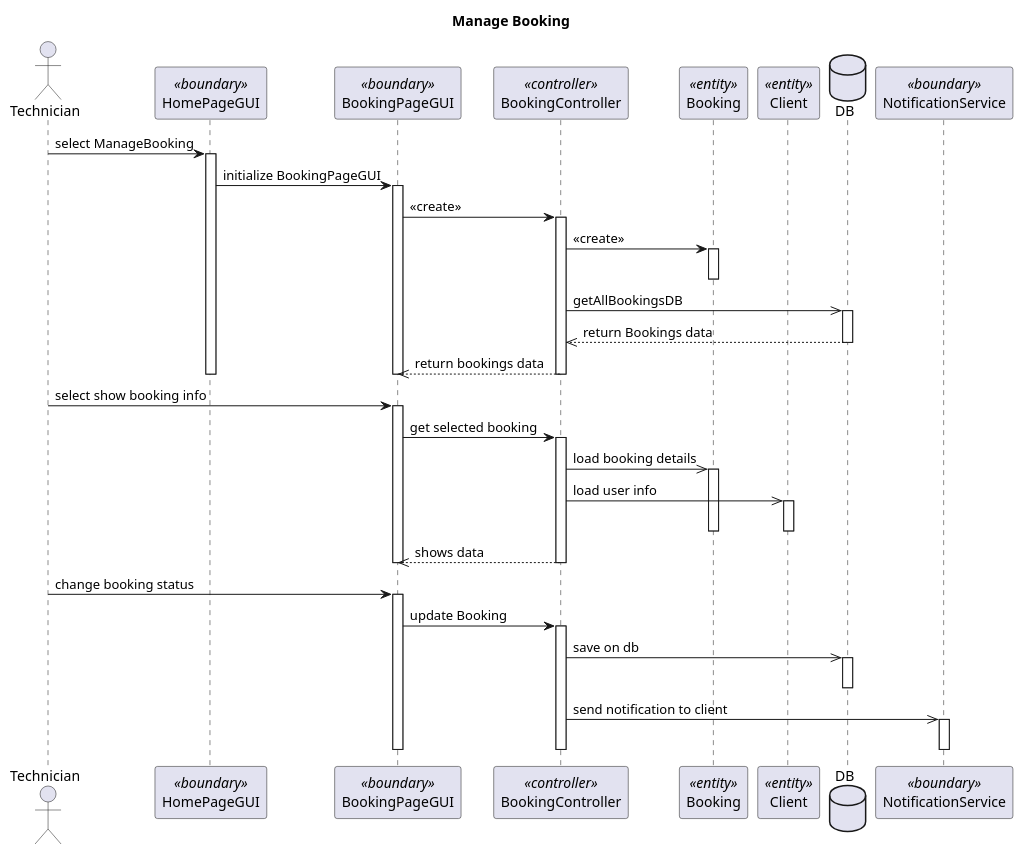
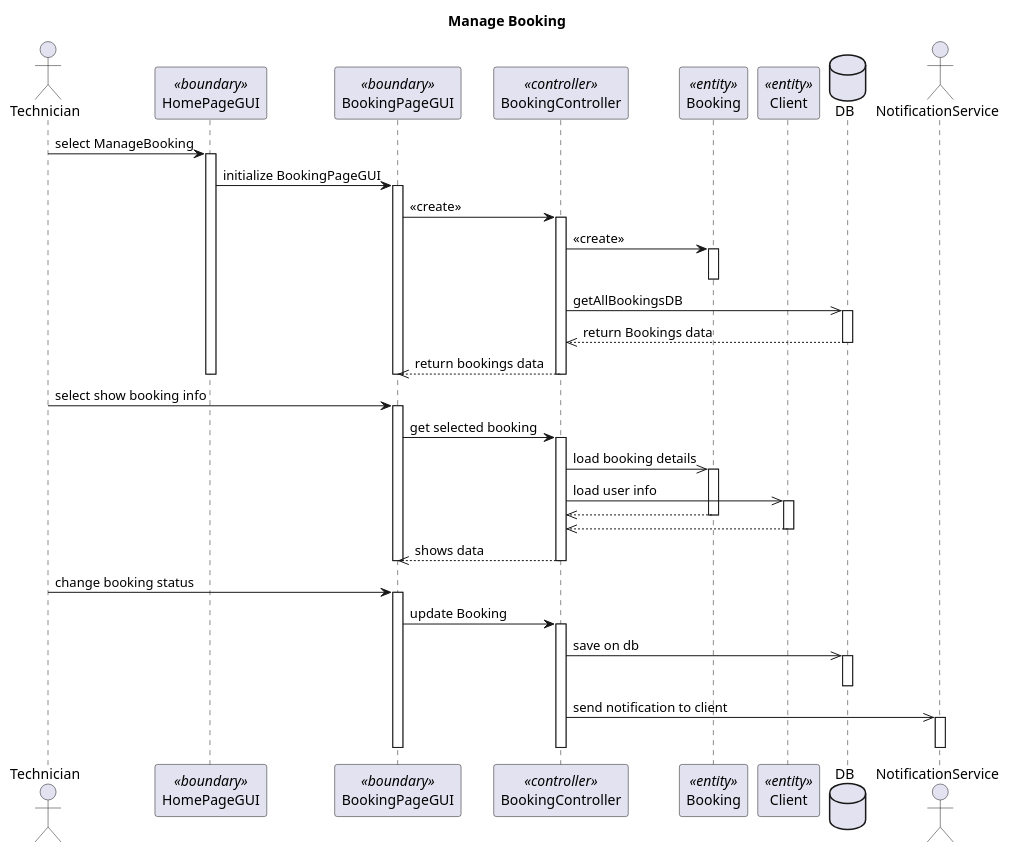
The diagram in doc/sequence_diagram/SD_ManageBooking.md (GiuEliNo/JustIT), drawn with PlantUML before and after one commit.

Commit message:
fix (doc): SD_ManageBooking.md add actor

```diff
--- a/doc/sequence_diagram/SD_ManageBooking.md
+++ b/doc/sequence_diagram/SD_ManageBooking.md
@@ -1,61 +1,62 @@
 @startuml
 
 
 title Manage Booking
 
 actor Technician
 
 participant HomePageGUI <<boundary>>
 participant BookingPageGUI <<boundary>>
 participant BookingController <<controller>>
 participant Booking <<entity>>
 participant Client <<entity>>
 database DB
-participant NotificationService <<boundary>>
+actor NotificationService
 
 Technician -> HomePageGUI: select ManageBooking
 activate HomePageGUI
 HomePageGUI -> BookingPageGUI: initialize BookingPageGUI
 activate BookingPageGUI
 
 BookingPageGUI -> BookingController ++: <<create>>
 BookingController -> Booking ++: <<create>>
 deactivate Booking
 BookingController ->> DB ++: getAllBookingsDB
 DB -->> BookingController --: return Bookings data
 
 
 BookingController -->> BookingPageGUI --: return bookings data
 deactivate HomePageGUI
 
 
 deactivate BookingPageGUI
 
 Technician -> BookingPageGUI: select show booking info
 activate BookingPageGUI
 
 BookingPageGUI -> BookingController ++: get selected booking
 BookingController ->> Booking : load booking details
 activate Booking
 BookingController ->> Client : load user info
 activate Client
-deactivate Booking
-deactivate Client
+Booking -->> BookingController --:
+Client -->> BookingController --:
+
 
 BookingController-->> BookingPageGUI --: shows data
 
 deactivate BookingPageGUI
 
 
 Technician -> BookingPageGUI: change booking status
 activate BookingPageGUI
 
 BookingPageGUI -> BookingController ++: update Booking
 BookingController ->> DB ++: save on db
 deactivate DB
 BookingController ->> NotificationService ++: send notification to client
 deactivate NotificationService
 deactivate BookingController
 deactivate BookingPageGUI
 
 @enduml
```
